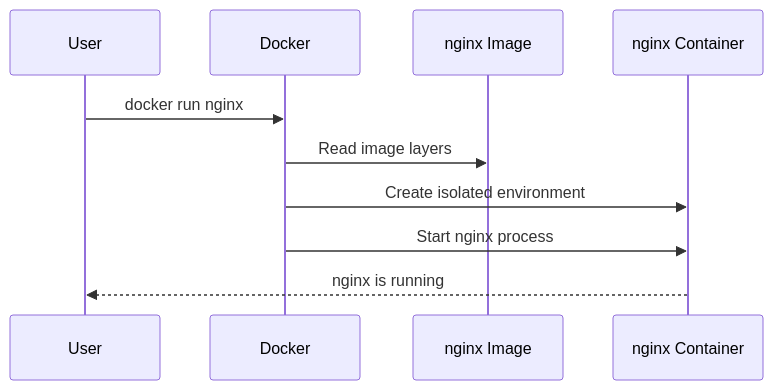
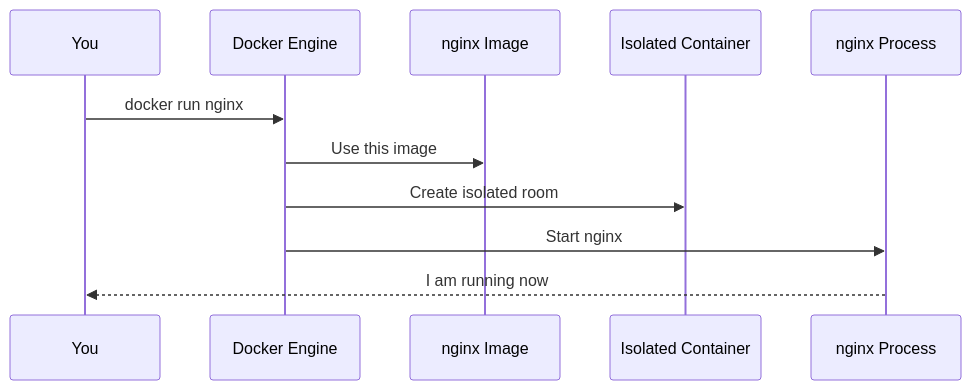
One commit to amit4996/learn-k8s-az changed the fourth of 7 diagrams in Ch1.Docker/readme.md. Above: the diagram before and after it, drawn with Mermaid. The commit also changed other lines of this file, not shown here.

Commit message:
update docker

````diff
--- a/Ch1.Docker/readme.md
+++ b/Ch1.Docker/readme.md
@@ -127,13 +170,14 @@
 ```mermaid
 sequenceDiagram
-    participant User
-    participant Docker
+    participant You as You
+    participant Docker as Docker Engine
     participant Image as nginx Image
-    participant Container as nginx Container
+    participant Room as Isolated Container
+    participant App as nginx Process
 
-    User->>Docker: docker run nginx
-    Docker->>Image: Read image layers
-    Docker->>Container: Create isolated environment
-    Docker->>Container: Start nginx process
-    Container-->>User: nginx is running
+    You->>Docker: docker run nginx
+    Docker->>Image: Use this image
+    Docker->>Room: Create isolated room
+    Docker->>App: Start nginx
+    App-->>You: I am running now
 ```
````
